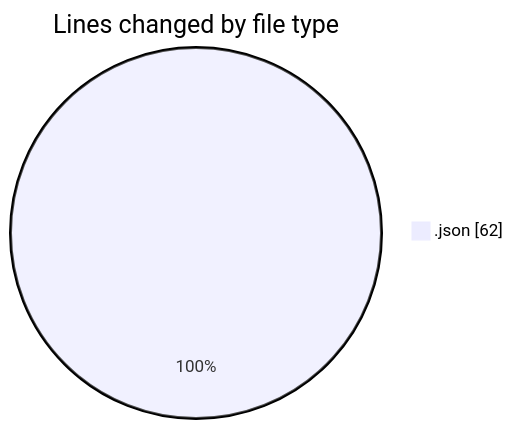
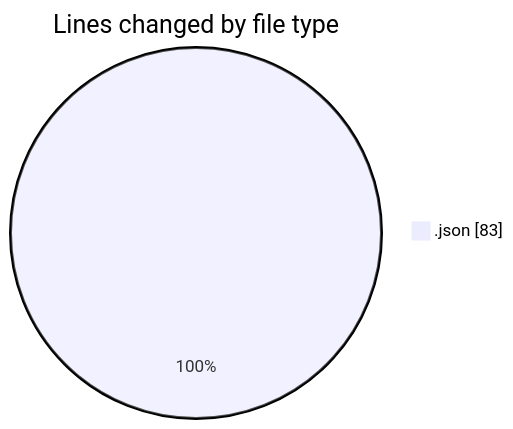
The first of 2 diagrams in 2025-07-29/refunds/README.md (EIIisD/code-tracking), drawn with Mermaid before and after one commit. The commit also changed other lines of this file and 1 other file, not shown here.

````diff
--- a/2025-07-29/refunds/README.md
+++ b/2025-07-29/refunds/README.md
@@ -20,5 +20,5 @@
 ```mermaid
 pie showData
 title Lines changed by file type
-".json" : 62
+".json" : 83
 ```
````
